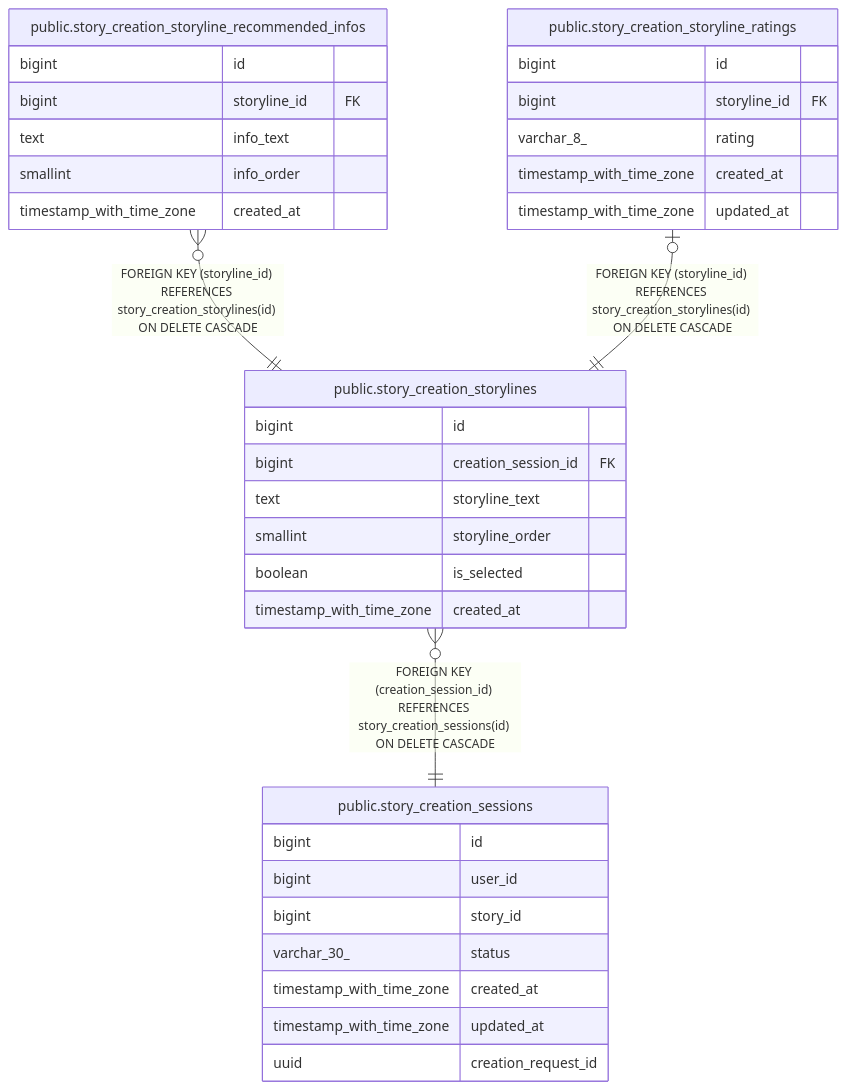
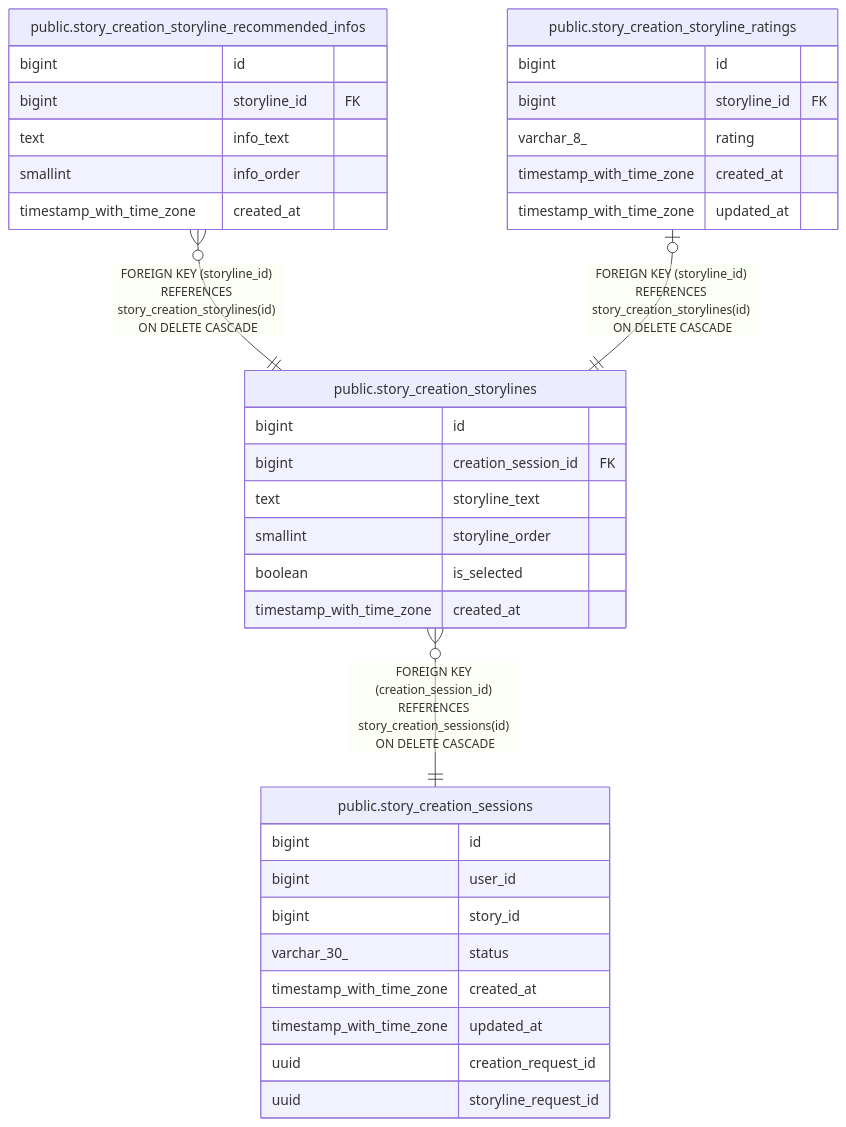
Before and after one commit to KIM-N-KANG/manyak-server: the diagram in dbdoc/public.story_creation_storylines.md, drawn with Mermaid. The commit also changed 44 other files, not shown here.

````diff
--- a/dbdoc/public.story_creation_storylines.md
+++ b/dbdoc/public.story_creation_storylines.md
@@ -32,39 +32,40 @@
 ```mermaid
 erDiagram
 
 "public.story_creation_storyline_recommended_infos" }o--|| "public.story_creation_storylines" : "FOREIGN KEY (storyline_id) REFERENCES story_creation_storylines(id) ON DELETE CASCADE"
 "public.story_creation_storyline_ratings" |o--|| "public.story_creation_storylines" : "FOREIGN KEY (storyline_id) REFERENCES story_creation_storylines(id) ON DELETE CASCADE"
 "public.story_creation_storylines" }o--|| "public.story_creation_sessions" : "FOREIGN KEY (creation_session_id) REFERENCES story_creation_sessions(id) ON DELETE CASCADE"
 
 "public.story_creation_storylines" {
   bigint id
   bigint creation_session_id FK
   text storyline_text
   smallint storyline_order
   boolean is_selected
   timestamp_with_time_zone created_at
 }
 "public.story_creation_storyline_recommended_infos" {
   bigint id
   bigint storyline_id FK
   text info_text
   smallint info_order
   timestamp_with_time_zone created_at
 }
 "public.story_creation_storyline_ratings" {
   bigint id
   bigint storyline_id FK
   varchar_8_ rating
   timestamp_with_time_zone created_at
   timestamp_with_time_zone updated_at
 }
 "public.story_creation_sessions" {
   bigint id
   bigint user_id
   bigint story_id
   varchar_30_ status
   timestamp_with_time_zone created_at
   timestamp_with_time_zone updated_at
   uuid creation_request_id
+  uuid storyline_request_id
 }
 ```
````
